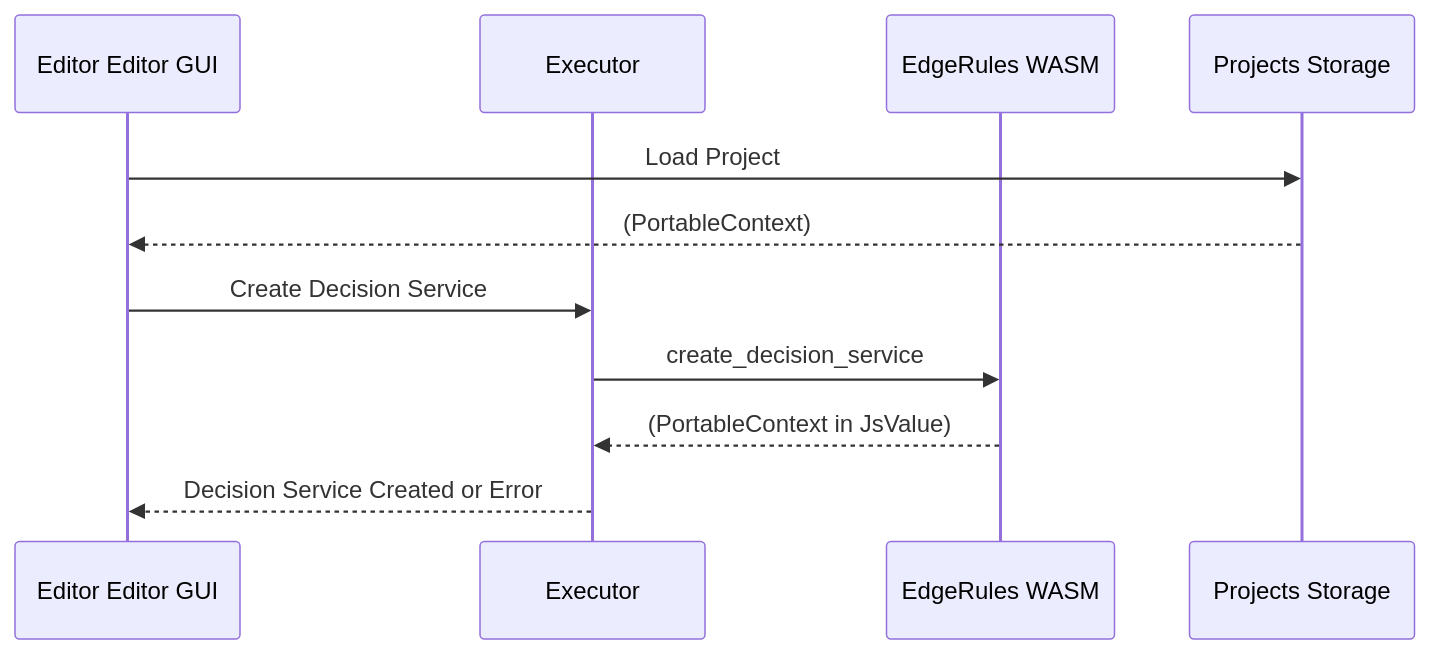
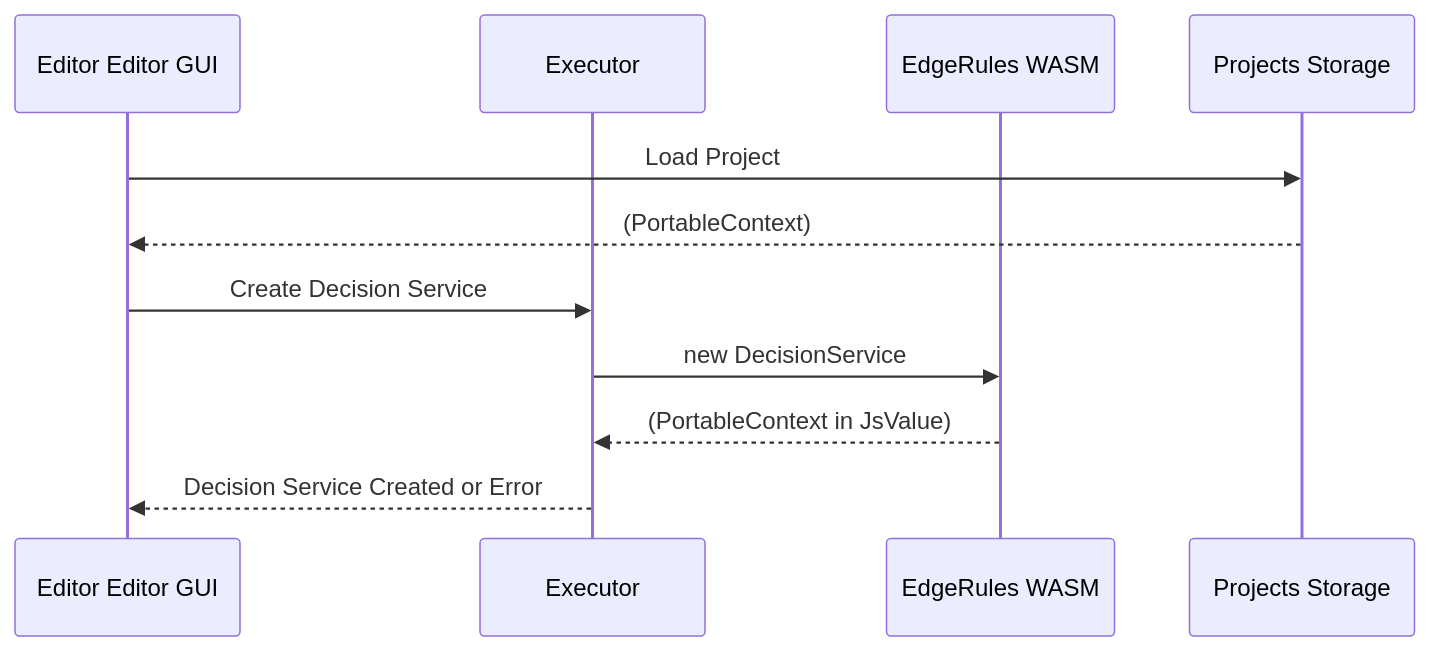
The second of 2 diagrams in doc/EDGE_RULES_API_STORY.md (rimvydasb/edgerules), drawn with Mermaid before and after one commit. The commit also changed other lines of this file and 26 other files, not shown here.

````diff
--- a/doc/EDGE_RULES_API_STORY.md
+++ b/doc/EDGE_RULES_API_STORY.md
@@ -621,13 +603,13 @@
 ```mermaid
 sequenceDiagram
     participant IDE as Editor Editor GUI
     participant RUN as Executor
     participant WASM as EdgeRules WASM
     participant DB as Projects Storage
     IDE ->> DB: Load Project
     DB -->> IDE: (PortableContext)
     IDE ->> RUN: Create Decision Service
-    RUN ->> WASM: create_decision_service
+    RUN ->> WASM: new DecisionService
     WASM -->> RUN: (PortableContext in JsValue)
     RUN -->> IDE: Decision Service Created or Error
 ```
````
